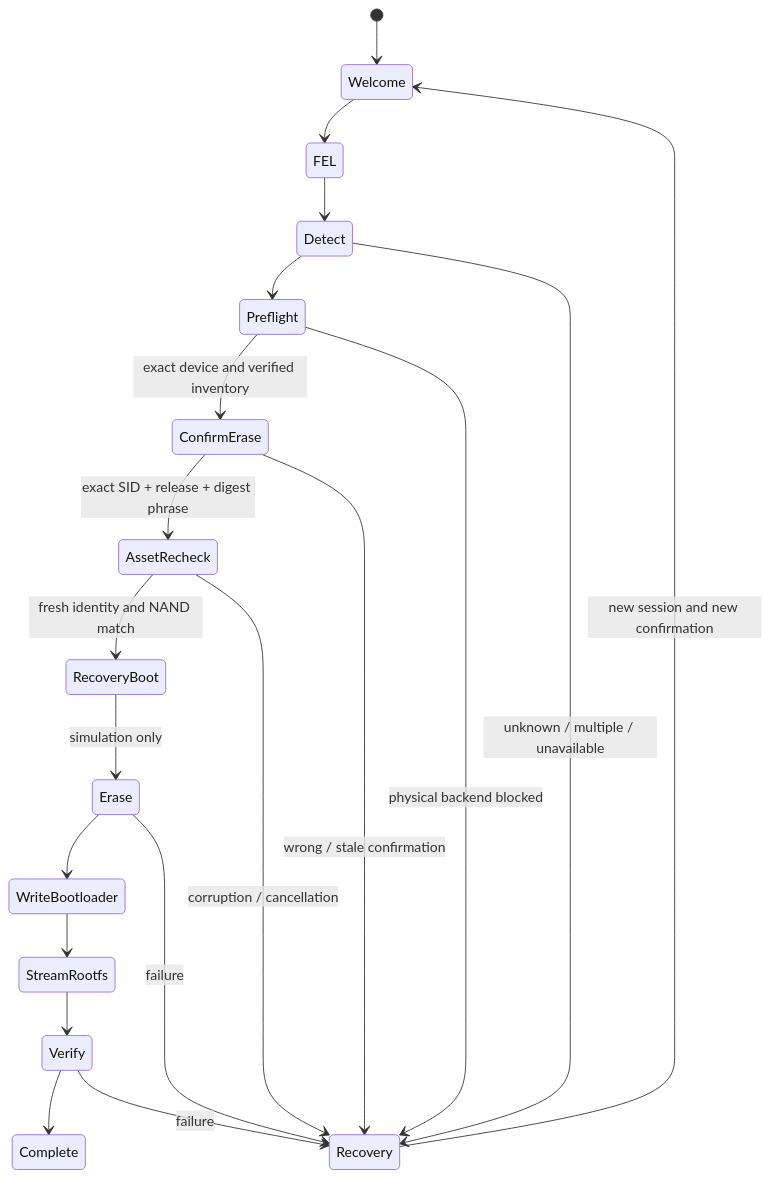
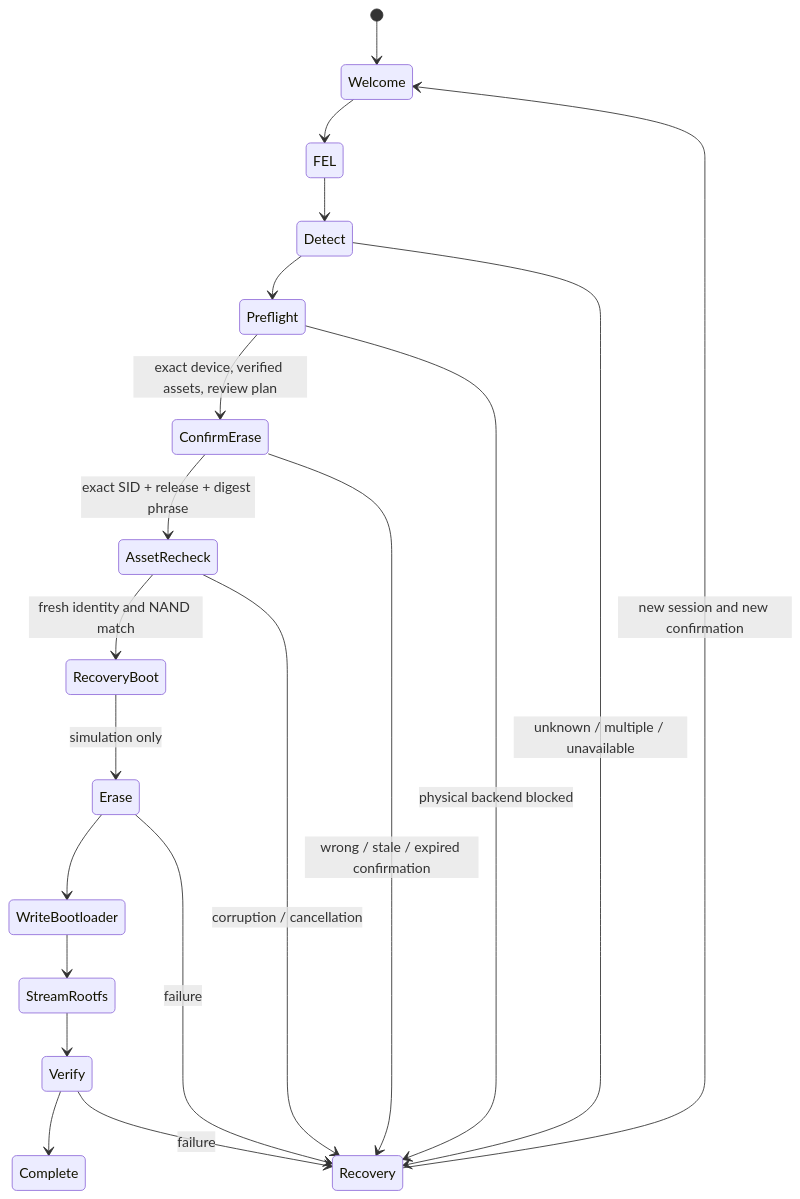
The diagram in docs/architecture.md (csd113/Vitrallis-Flasher), drawn with Mermaid before and after one commit. The commit also changed other lines of this file and 8 other files, not shown here.

````diff
--- a/docs/architecture.md
+++ b/docs/architecture.md
@@ -18,22 +19,22 @@
 ```mermaid
 stateDiagram-v2
     [*] --> Welcome
     Welcome --> FEL
     FEL --> Detect
     Detect --> Preflight
-    Preflight --> ConfirmErase: exact device and verified inventory
+    Preflight --> ConfirmErase: exact device, verified assets, review plan
     ConfirmErase --> AssetRecheck: exact SID + release + digest phrase
     AssetRecheck --> RecoveryBoot: fresh identity and NAND match
     RecoveryBoot --> Erase: simulation only
     Erase --> WriteBootloader
     WriteBootloader --> StreamRootfs
     StreamRootfs --> Verify
     Verify --> Complete
     Detect --> Recovery: unknown / multiple / unavailable
     Preflight --> Recovery: physical backend blocked
-    ConfirmErase --> Recovery: wrong / stale confirmation
+    ConfirmErase --> Recovery: wrong / stale / expired confirmation
     AssetRecheck --> Recovery: corruption / cancellation
     Erase --> Recovery: failure
     Verify --> Recovery: failure
     Recovery --> Welcome: new session and new confirmation
 ```
````
